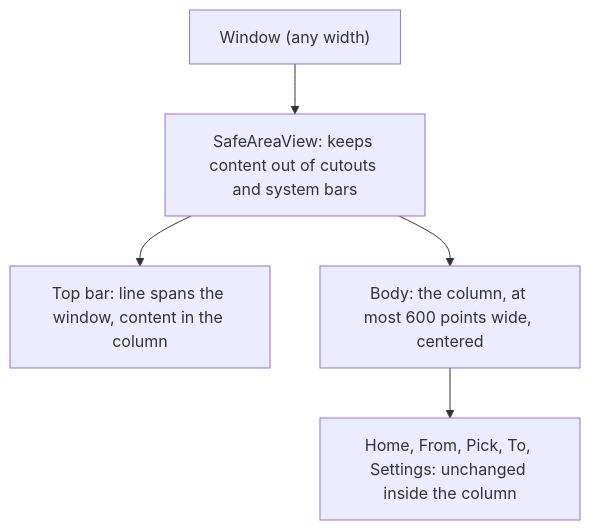
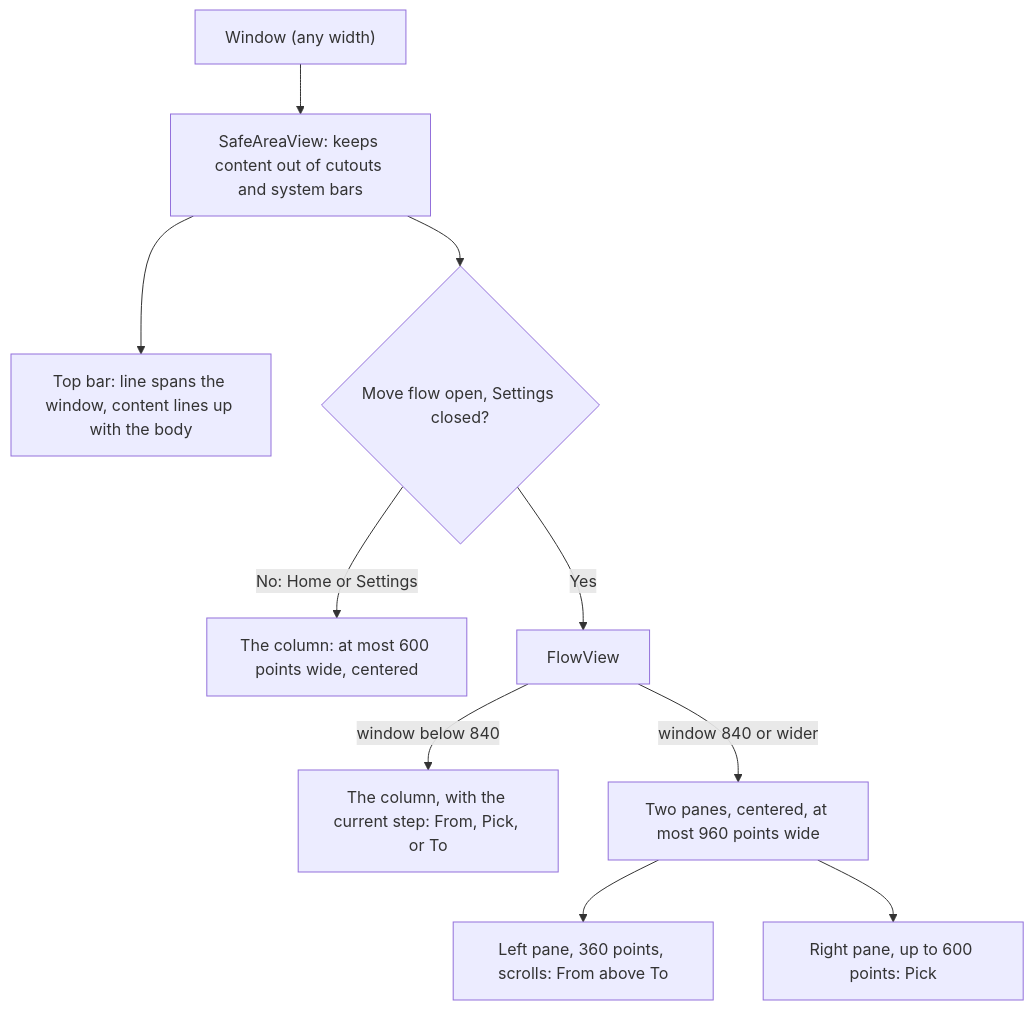
The diagram in specs/010-adaptive-layout/plan.md (Dodo-Tech-Hub/magpie), drawn with Mermaid before and after one commit. The commit also changed other lines of this file and 3 other files, not shown here.

First line of the commit message:
docs(plan): add two-pane flow to the 010 plan

````diff
--- a/specs/010-adaptive-layout/plan.md
+++ b/specs/010-adaptive-layout/plan.md
@@ -18,7 +19,12 @@
 ```mermaid
 flowchart TD
     Window["Window (any width)"] --> Safe["SafeAreaView: keeps content out of cutouts and system bars"]
-    Safe --> Bar["Top bar: line spans the window, content in the column"]
-    Safe --> Body["Body: the column, at most 600 points wide, centered"]
-    Body --> Screens["Home, From, Pick, To, Settings: unchanged inside the column"]
+    Safe --> Bar["Top bar: line spans the window, content lines up with the body"]
+    Safe --> Which{"Move flow open, Settings closed?"}
+    Which -->|"No: Home or Settings"| Column["The column: at most 600 points wide, centered"]
+    Which -->|"Yes"| Flow["FlowView"]
+    Flow -->|"window below 840"| One["The column, with the current step: From, Pick, or To"]
+    Flow -->|"window 840 or wider"| Two["Two panes, centered, at most 960 points wide"]
+    Two --> Side["Left pane, 360 points, scrolls: From above To"]
+    Two --> Main["Right pane, up to 600 points: Pick"]
 ```
````
